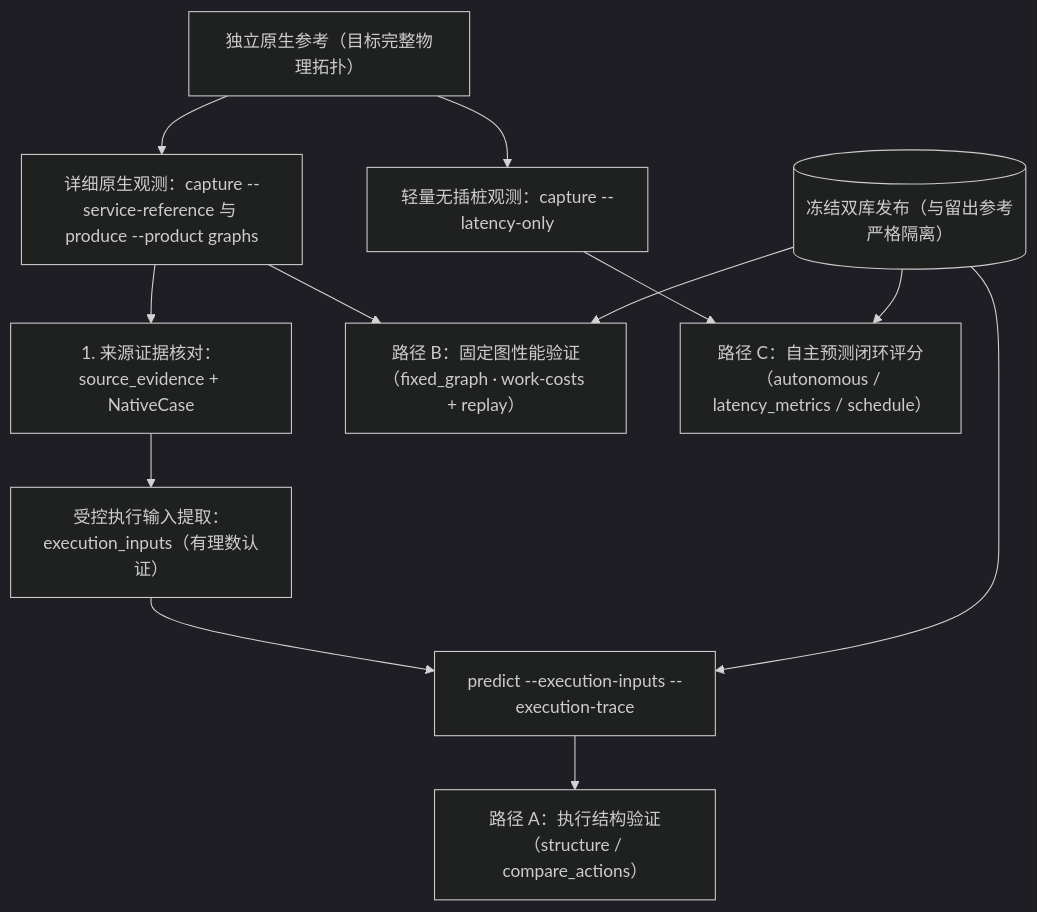
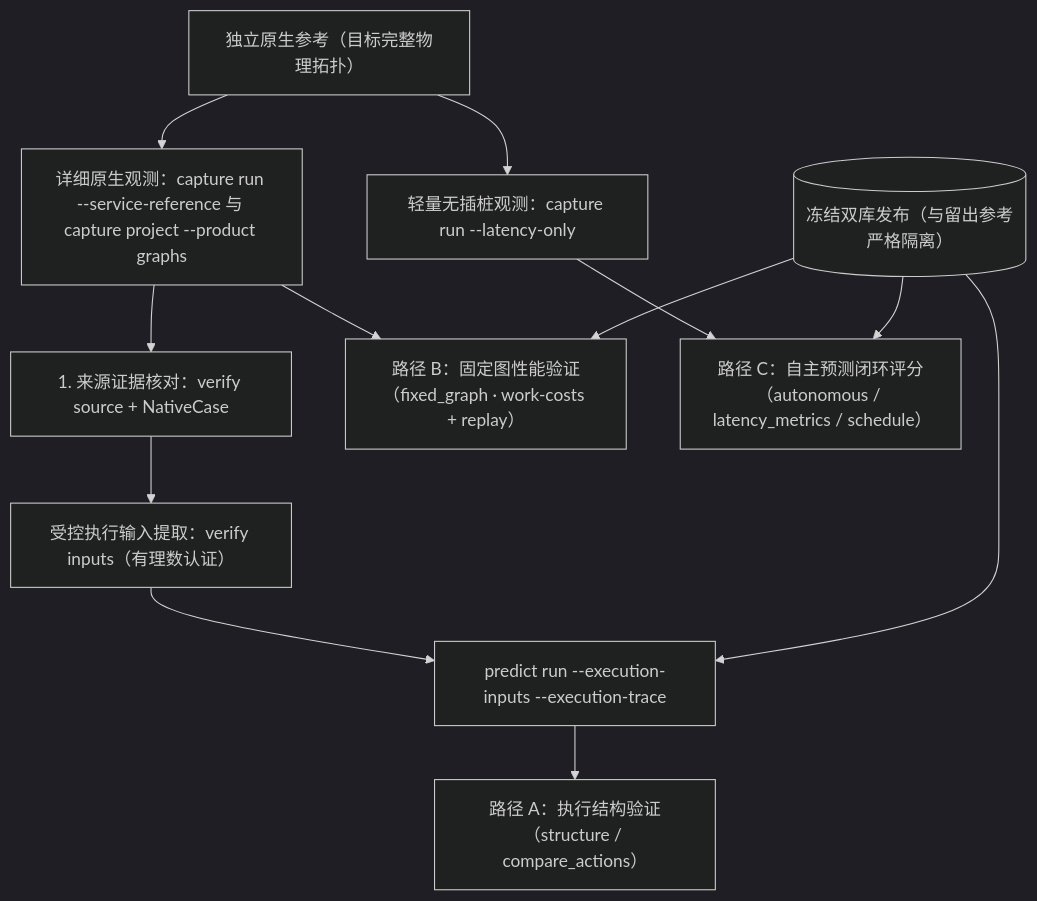
One commit to Entwinedime/Prologue changed the diagram in docs/design/verification.md. Above: the diagram before and after it, drawn with Mermaid (dark theme). The commit also changed other lines of this file and 9 other files, not shown here.

````diff
--- a/docs/design/verification.md
+++ b/docs/design/verification.md
@@ -5,16 +5,16 @@
 ```mermaid
 flowchart TB
-    REF["独立原生参考（目标完整物理拓扑）"] --> DET["详细原生观测：capture --service-reference 与 produce --product graphs"]
-    REF --> LGT["轻量无插桩观测：capture --latency-only"]
+    REF["独立原生参考（目标完整物理拓扑）"] --> DET["详细原生观测：capture run --service-reference 与 capture project --product graphs"]
+    REF --> LGT["轻量无插桩观测：capture run --latency-only"]
 
-    DET --> SE["1. 来源证据核对：source_evidence + NativeCase"]
-    SE --> EI["受控执行输入提取：execution_inputs（有理数认证）"]
-    EI --> P_STR["predict --execution-inputs --execution-trace"]
+    DET --> SE["1. 来源证据核对：verify source + NativeCase"]
+    SE --> EI["受控执行输入提取：verify inputs（有理数认证）"]
+    EI --> P_STR["predict run --execution-inputs --execution-trace"]
     P_STR --> CMP["路径 A：执行结构验证（structure / compare_actions）"]
 
     DET --> FG["路径 B：固定图性能验证（fixed_graph · work-costs + replay）"]
     LGT --> AUTO["路径 C：自主预测闭环评分（autonomous / latency_metrics / schedule）"]
     LIB[("冻结双库发布（与留出参考严格隔离）")] --> P_STR
     LIB --> FG
     LIB --> AUTO
 ```
````
